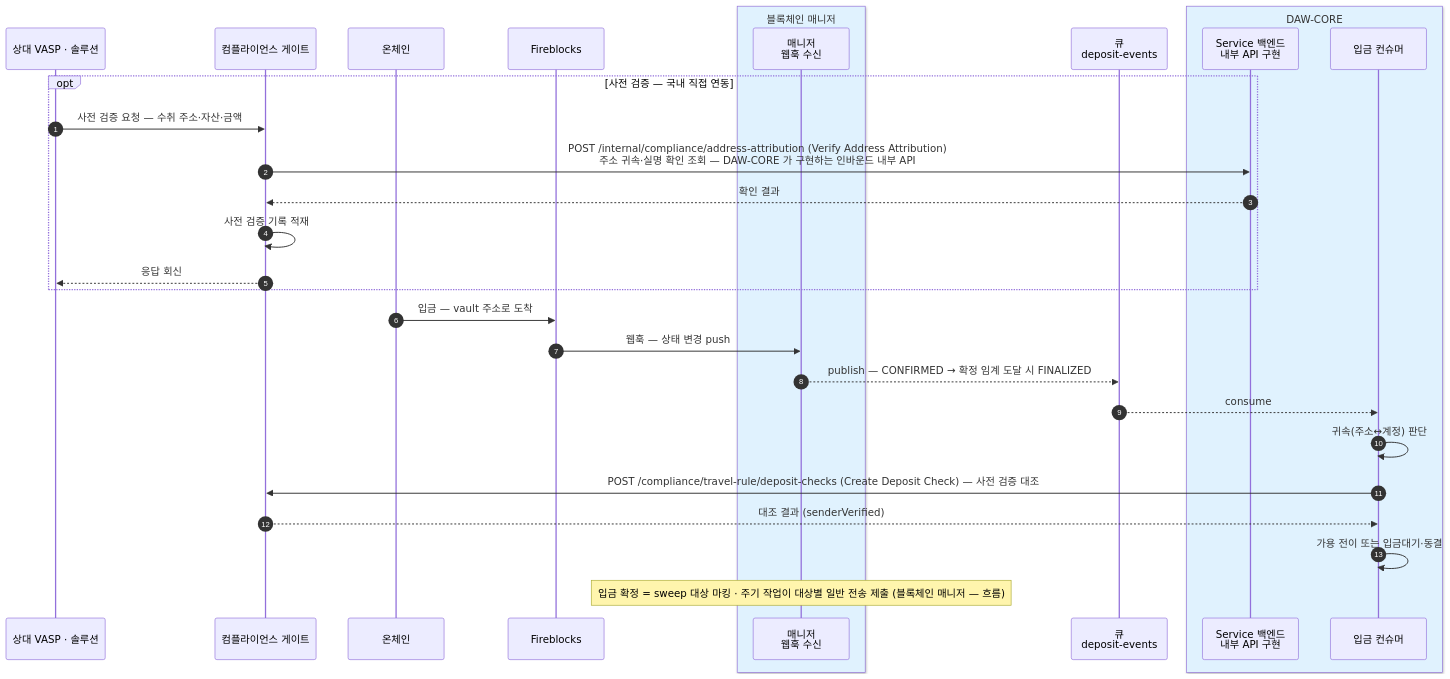
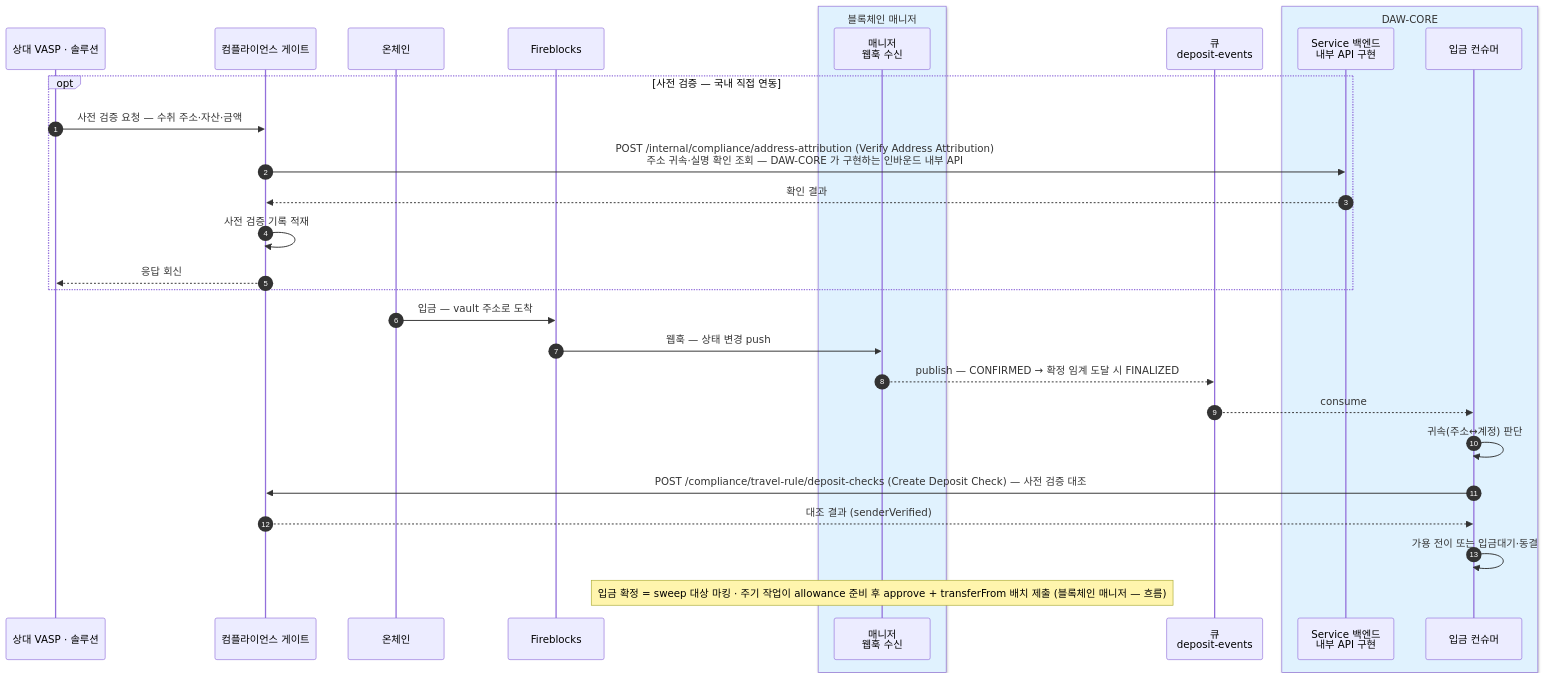
One commit to eunsujeo/eunpus changed the third of 3 diagrams in blockchain-manager/docs/BC/설계/01-infra.md. Above: the diagram before and after it, drawn with Mermaid. The commit also changed 11 other files, not shown here.

Commit message:
docs: adopt approve pull batch sweep design

````diff
--- a/blockchain-manager/docs/BC/설계/01-infra.md
+++ b/blockchain-manager/docs/BC/설계/01-infra.md
@@ -189,33 +189,33 @@
 ```mermaid
 sequenceDiagram
     autonumber
     participant NET as 상대 VASP · 솔루션
     participant CP as 컴플라이언스 게이트
     participant CH as 온체인
     participant FB as Fireblocks
     box rgb(224,242,254) 블록체인 매니저
     participant BM as 매니저<br/>웹훅 수신
     end
     participant MQ as 큐<br/>deposit-events
     box rgb(224,242,254) DAW-CORE
     participant SVC as Service 백엔드<br/>내부 API 구현
     participant BE as 입금 컨슈머
     end
 
     opt 사전 검증 — 국내 직접 연동
         NET->>CP: 사전 검증 요청 — 수취 주소·자산·금액
         CP->>SVC: POST /internal/compliance/address-attribution (Verify Address Attribution)<br/>주소 귀속·실명 확인 조회 — DAW-CORE 가 구현하는 인바운드 내부 API
         SVC-->>CP: 확인 결과
         CP->>CP: 사전 검증 기록 적재
         CP-->>NET: 응답 회신
     end
     CH->>FB: 입금 — vault 주소로 도착
     FB->>BM: 웹훅 — 상태 변경 push
     BM-->>MQ: publish — CONFIRMED → 확정 임계 도달 시 FINALIZED
     MQ-->>BE: consume
     BE->>BE: 귀속(주소↔계정) 판단
     BE->>CP: POST /compliance/travel-rule/deposit-checks (Create Deposit Check) — 사전 검증 대조
     CP-->>BE: 대조 결과 (senderVerified)
     BE->>BE: 가용 전이 또는 입금대기·동결
-    Note over BM: 입금 확정 = sweep 대상 마킹 · 주기 작업이 대상별 일반 전송 제출 (블록체인 매니저 — 흐름)
+    Note over BM: 입금 확정 = sweep 대상 마킹 · 주기 작업이 allowance 준비 후 approve + transferFrom 배치 제출 (블록체인 매니저 — 흐름)
 ```
````
